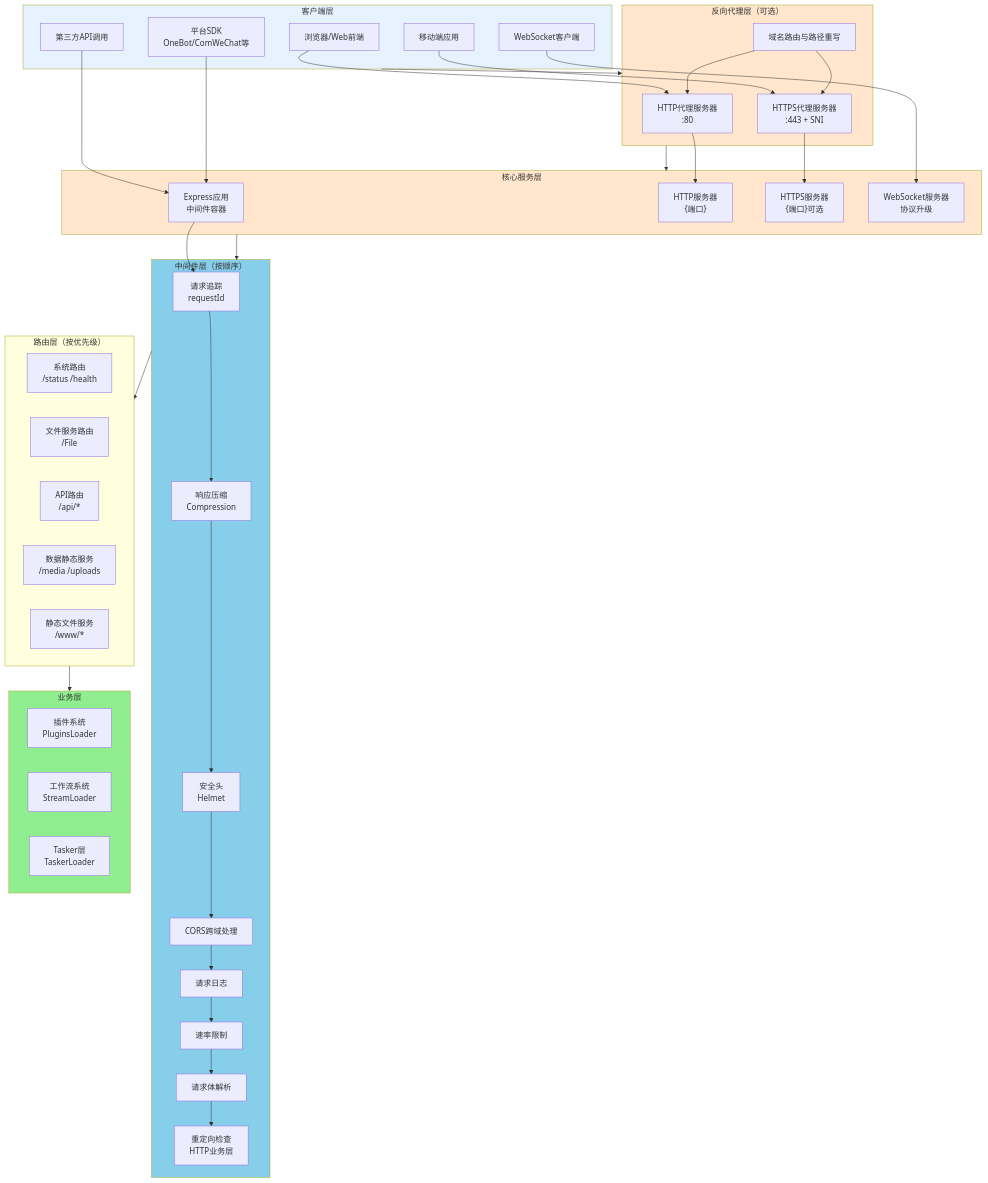
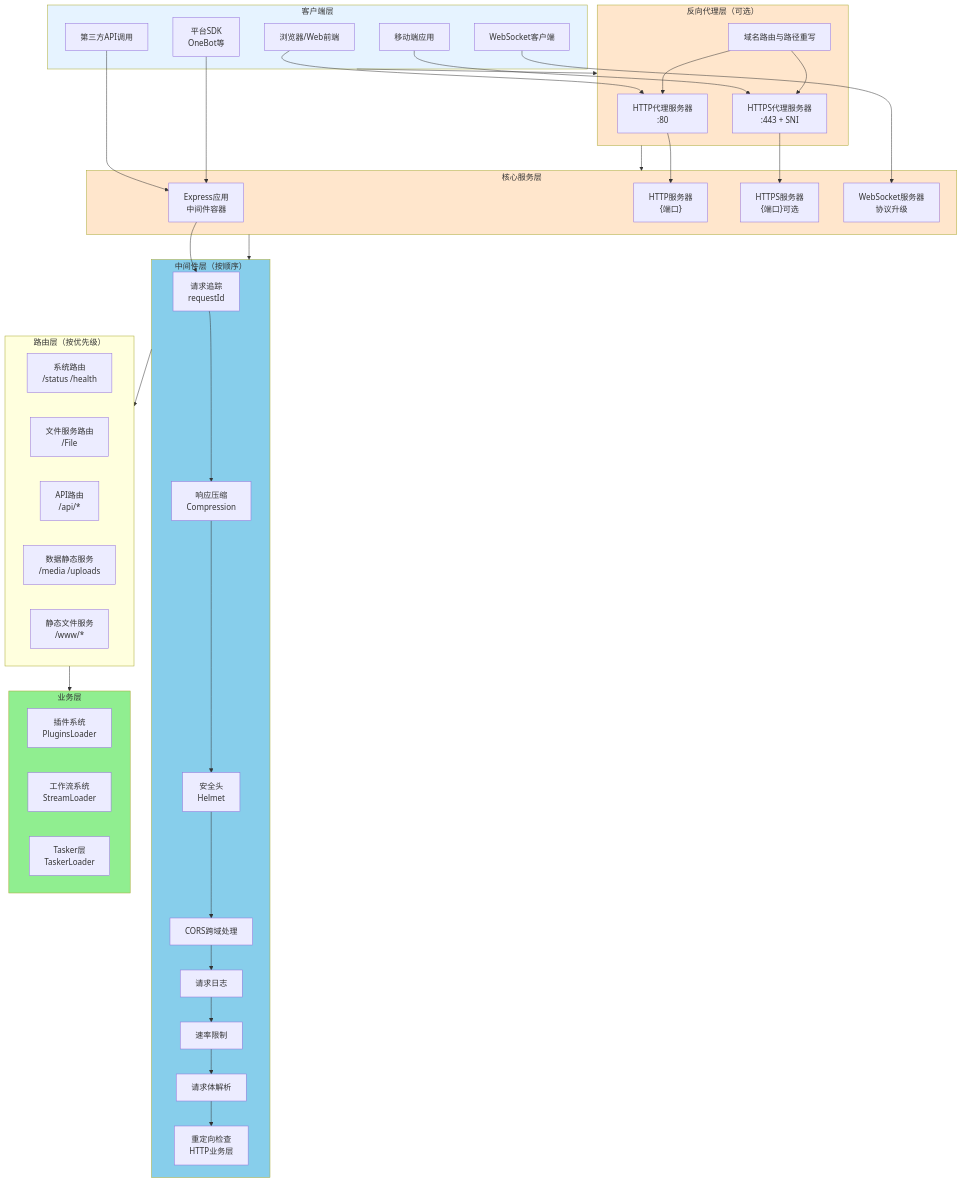
The first of 13 diagrams in docs/server.md (sunflowermm/XRK-AGT), drawn with Mermaid before and after one commit. The commit also changed other lines of this file and 13 other files, not shown here.

```diff
--- a/docs/server.md
+++ b/docs/server.md
@@ -41,7 +41,7 @@
         Mobile["移动端应用"]
         ThirdAPI["第三方API调用"]
         WSClient["WebSocket客户端"]
-        SDK["平台SDK<br/>OneBot/ComWeChat等"]
+        SDK["平台SDK<br/>OneBot等"]
     end
     
     subgraph Proxy["反向代理层（可选）"]
```
